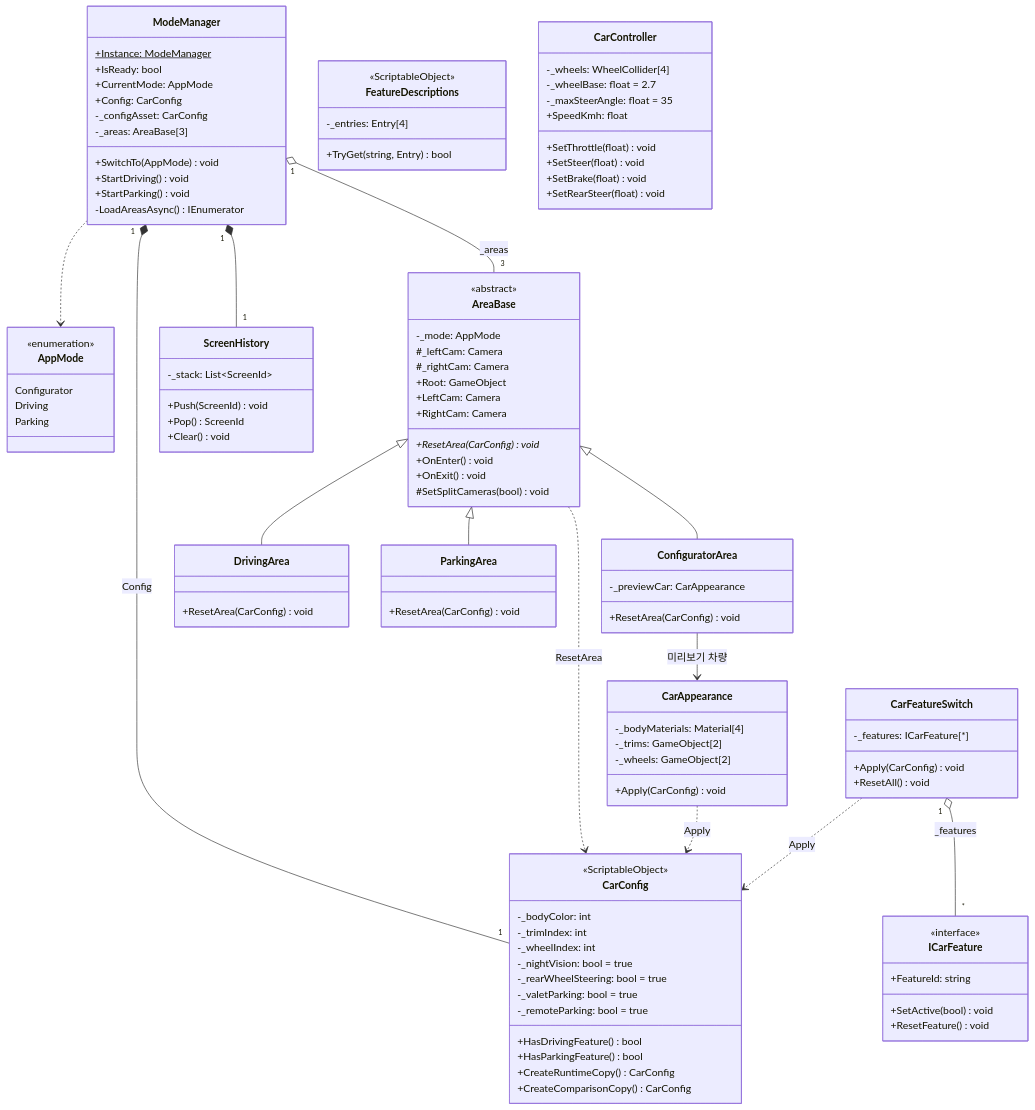
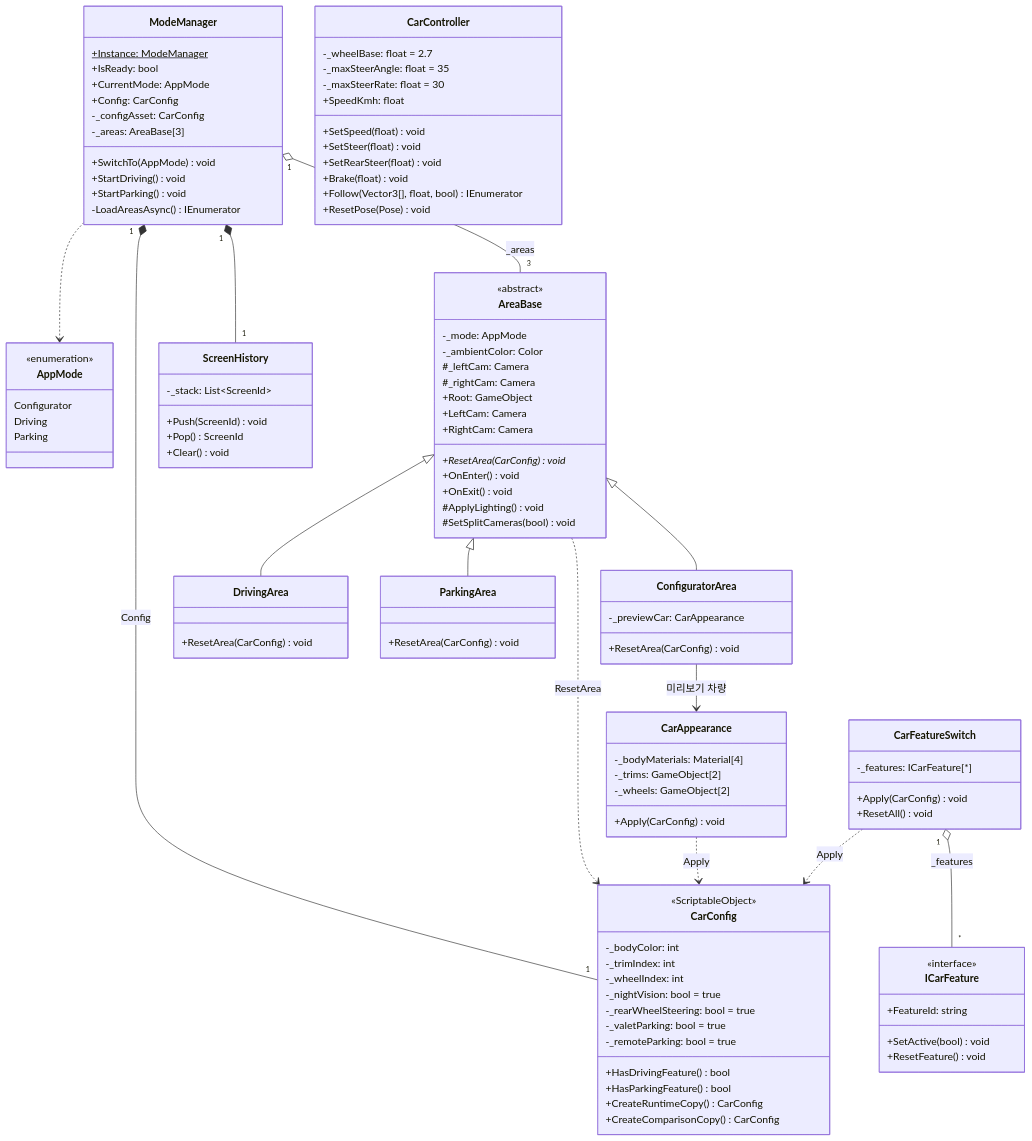
Before and after one commit to cuhote/YEYU_CarConfigurator_UnityProject: the first of 4 diagrams in docs/CLASS_DESIGN.md, drawn with Mermaid. The commit also changed other lines of this file and 2 other files, not shown here.

```diff
--- a/docs/CLASS_DESIGN.md
+++ b/docs/CLASS_DESIGN.md
@@ -42,6 +61,7 @@
   class AreaBase {
     <<abstract>>
     -_mode: AppMode
+    -_ambientColor: Color
     #_leftCam: Camera
     #_rightCam: Camera
     +Root: GameObject
@@ -50,6 +70,7 @@
     +ResetArea(CarConfig)* void
     +OnEnter() void
     +OnExit() void
+    #ApplyLighting() void
     #SetSplitCameras(bool) void
   }
   class ConfiguratorArea {
@@ -76,11 +97,6 @@
     +CreateRuntimeCopy() CarConfig
     +CreateComparisonCopy() CarConfig
   }
-  class FeatureDescriptions {
-    <<ScriptableObject>>
-    -_entries: Entry[4]
-    +TryGet(string, Entry) bool
-  }
   class ScreenHistory {
     -_stack: List~ScreenId~
     +Push(ScreenId) void
@@ -94,14 +110,16 @@
     +ResetFeature() void
   }
   class CarController {
-    -_wheels: WheelCollider[4]
     -_wheelBase: float = 2.7
     -_maxSteerAngle: float = 35
+    -_maxSteerRate: float = 30
     +SpeedKmh: float
-    +SetThrottle(float) void
+    +SetSpeed(float) void
     +SetSteer(float) void
-    +SetBrake(float) void
     +SetRearSteer(float) void
+    +Brake(float) void
+    +Follow(Vector3[], float, bool) IEnumerator
+    +ResetPose(Pose) void
   }
   class CarAppearance {
     -_bodyMaterials: Material[4]
```
